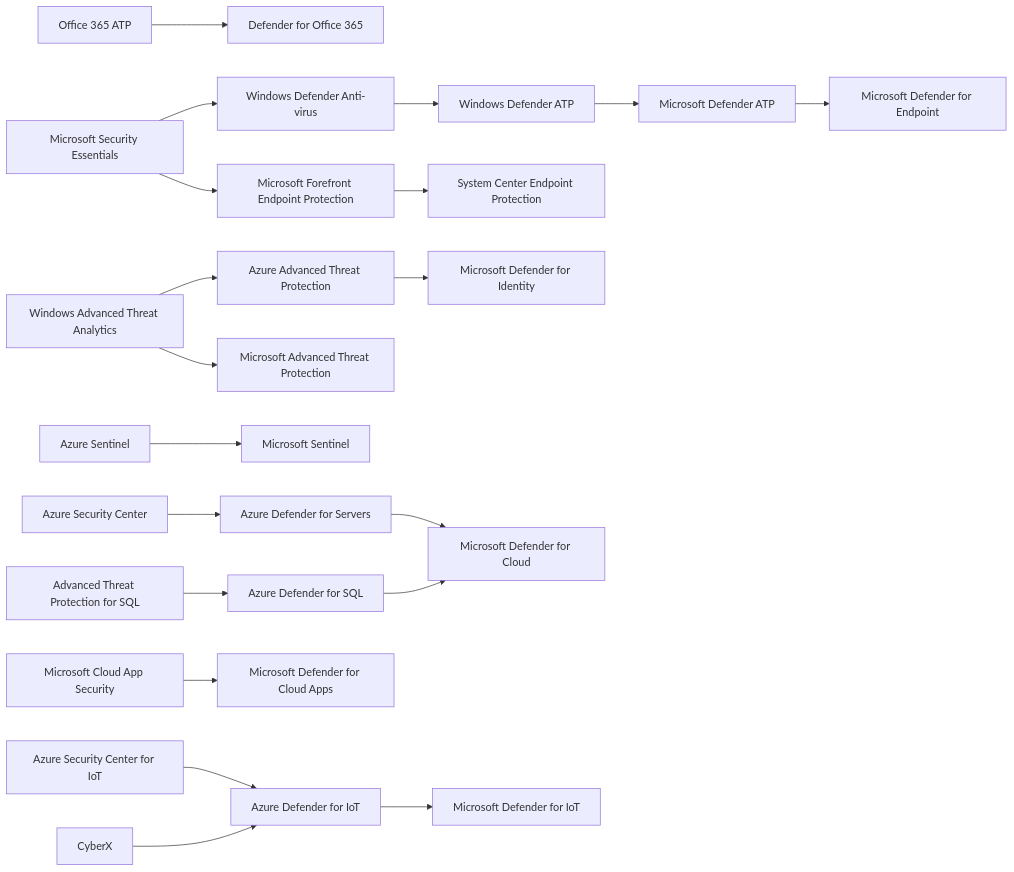
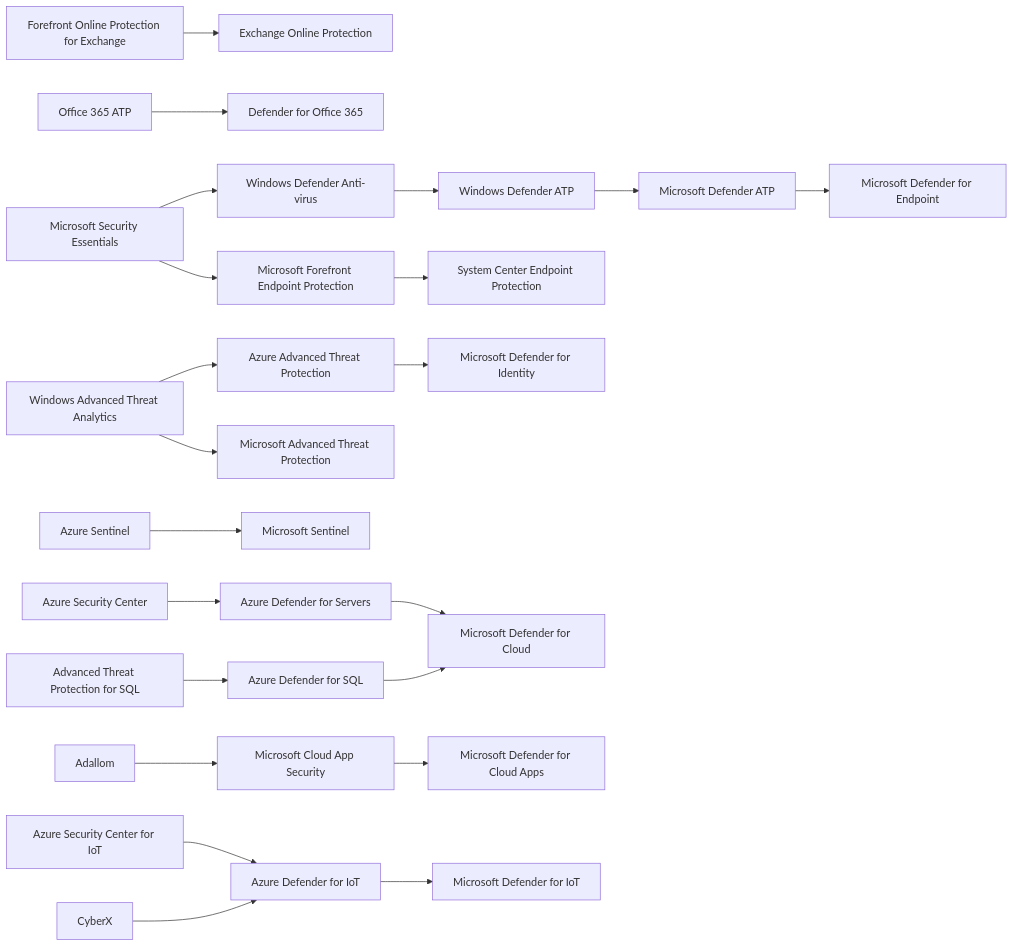
The first of 5 diagrams in README.md (jlaundry/MicrosoftNaming), drawn with Mermaid before and after one commit. The commit also changed other lines of this file, not shown here.

````diff
--- a/README.md
+++ b/README.md
@@ -12,20 +12,23 @@
 ```mermaid
 graph LR;
 
+    FOPE[Forefront Online Protection for Exchange] --> EOP[Exchange Online Protection];
     O365ATP[Office 365 ATP] --> DfO365[Defender for Office 365];
+    
     MSE[Microsoft Security Essentials] --> WDAV[Windows Defender Anti-virus] --> WDATP[Windows Defender ATP] --> MDATP[Microsoft Defender ATP] --> MDfE[Microsoft Defender for Endpoint];
     MSE --> MFEP[Microsoft Forefront Endpoint Protection] --> SCEP[System Center Endpoint Protection];
     WATA[Windows Advanced Threat Analytics] --> AATP[Azure Advanced Threat Protection] --> MDfI[Microsoft Defender for Identity];
     WATA --> MATP[Microsoft Advanced Threat Protection];
 
     ASentinel[Azure Sentinel] --> Sentinel[Microsoft Sentinel];
     
     ASC[Azure Security Center] --> ADfS[Azure Defender for Servers] --> MDfC[Microsoft Defender for Cloud];
     ATPfSQL[Advanced Threat Protection for SQL] --> ADfSQL[Azure Defender for SQL] --> MDfC;
     
-    MCAS[Microsoft Cloud App Security] --> MDfCA[Microsoft Defender for Cloud Apps];
+    Adallom --> MCAS[Microsoft Cloud App Security];
+    MCAS --> MDfCA[Microsoft Defender for Cloud Apps];
     
     ASCfIoT[Azure Security Center for IoT] --> ADfIoT[Azure Defender for IoT] --> MDfIoT[Microsoft Defender for IoT];
     CyberX --> ADfIoT
 
 ```
````
